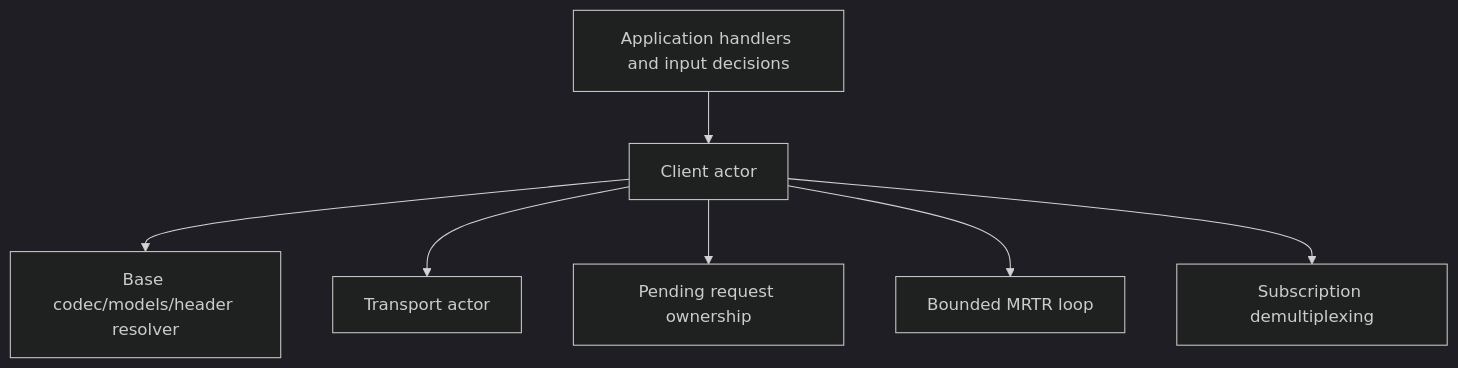
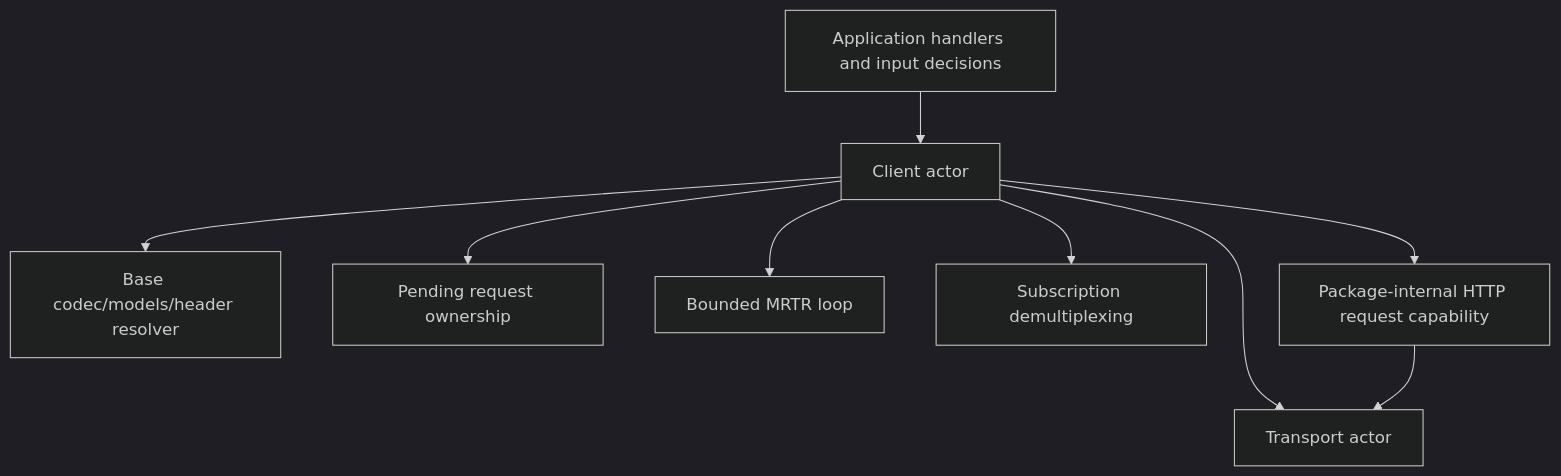
Before and after one commit to 1amageek/swift-sdk: the first of 3 diagrams in Sources/MCP/Client/DESIGN.md, drawn with Mermaid (dark theme). The commit also changed other lines of this file and 9 other files, not shown here.

````diff
--- a/Sources/MCP/Client/DESIGN.md
+++ b/Sources/MCP/Client/DESIGN.md
@@ -38,17 +40,20 @@
 ```mermaid
 flowchart TD
     App[Application handlers and input decisions]
     Client[Client actor]
     Core[Base codec/models/header resolver]
     Transport[Transport actor]
     Pending[Pending request ownership]
     MRTR[Bounded MRTR loop]
     Sub[Subscription demultiplexing]
+    HTTPRequest[Package-internal HTTP request capability]
 
     App --> Client
     Client --> Core
     Client --> Transport
     Client --> Pending
     Client --> MRTR
     Client --> Sub
+    Client --> HTTPRequest
+    HTTPRequest --> Transport
 ```
````
